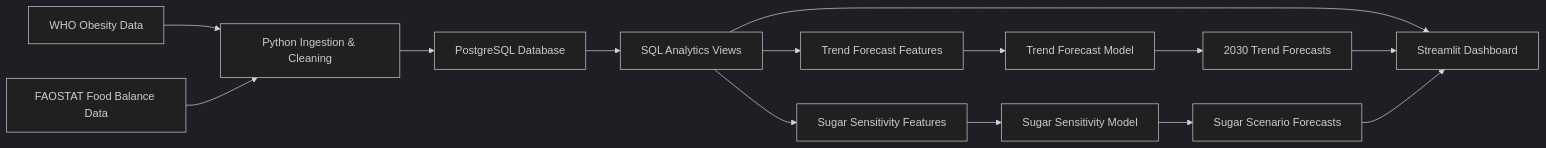
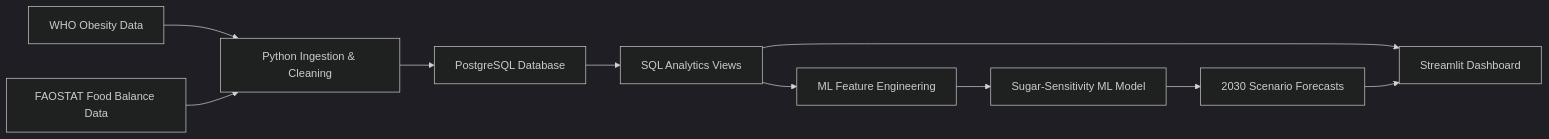
The diagram in README.md (pranjal020496/sugarbelly), drawn with Mermaid (dark theme) before and after one commit. The commit also changed other lines of this file, not shown here.

Commit message:
Update README for final sugar sensitivity model

````diff
--- a/README.md
+++ b/README.md
@@ -103,16 +99,12 @@
 ```mermaid
 flowchart LR
     A[WHO Obesity Data] --> B[Python Ingestion & Cleaning]
     C[FAOSTAT Food Balance Data] --> B
     B --> D[PostgreSQL Database]
     D --> E[SQL Analytics Views]
-    E --> F[Streamlit Dashboard]
-    E --> G1[Trend Forecast Features]
-    E --> G2[Sugar Sensitivity Features]
-    G1 --> H1[Trend Forecast Model]
-    G2 --> H2[Sugar Sensitivity Model]
-    H1 --> I1[2030 Trend Forecasts]
-    H2 --> I2[Sugar Scenario Forecasts]
-    I1 --> F
-    I2 --> F
+    E --> F[ML Feature Engineering]
+    F --> G[Sugar-Sensitivity ML Model]
+    G --> H[2030 Scenario Forecasts]
+    E --> I[Streamlit Dashboard]
+    H --> I
 ```
````
